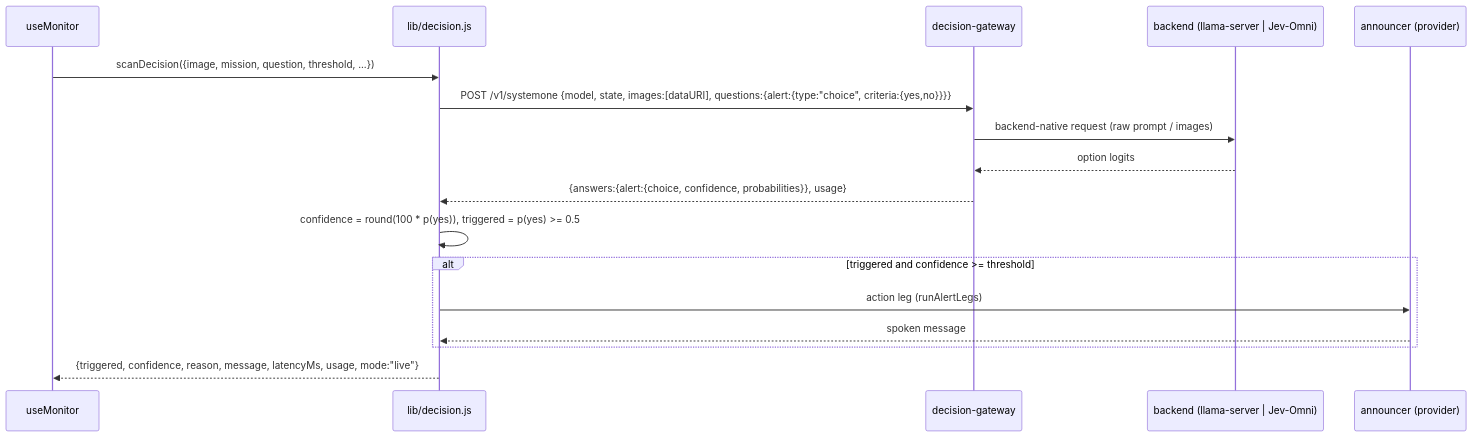
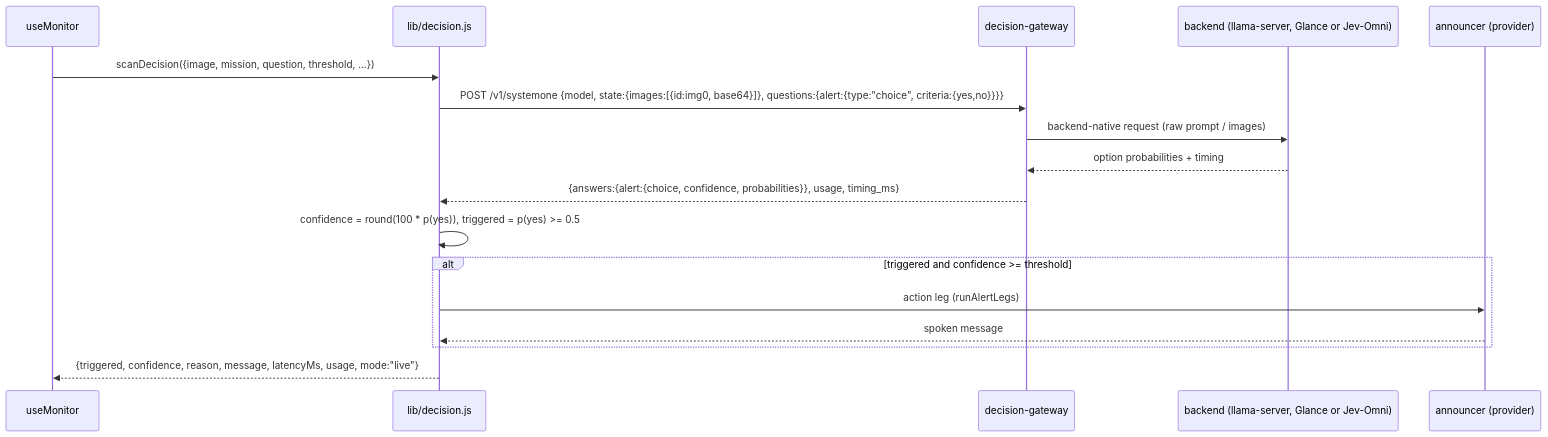
The second of 2 diagrams in docs/PRD-decision-engine.md (barakplasma/Aura), drawn with Mermaid before and after one commit. The commit also changed other lines of this file, not shown here.

First line of the commit message:
docs(prd): fold Glance and Glance Speedlab into the DECISION engine design

````diff
--- a/docs/PRD-decision-engine.md
+++ b/docs/PRD-decision-engine.md
@@ -127,20 +173,20 @@
 ```mermaid
 sequenceDiagram
   participant M as useMonitor
   participant D as lib/decision.js
   participant G as decision-gateway
-  participant B as backend (llama-server | Jev-Omni)
+  participant B as backend (llama-server, Glance or Jev-Omni)
   participant P as announcer (provider)
 
   M->>D: scanDecision({image, mission, question, threshold, ...})
-  D->>G: POST /v1/systemone {model, state, images:[dataURI], questions:{alert:{type:"choice", criteria:{yes,no}}}}
+  D->>G: POST /v1/systemone {model, state:{images:[{id:img0, base64}]}, questions:{alert:{type:"choice", criteria:{yes,no}}}}
   G->>B: backend-native request (raw prompt / images)
-  B-->>G: option logits
-  G-->>D: {answers:{alert:{choice, confidence, probabilities}}, usage}
+  B-->>G: option probabilities + timing
+  G-->>D: {answers:{alert:{choice, confidence, probabilities}}, usage, timing_ms}
   D->>D: confidence = round(100 * p(yes)), triggered = p(yes) >= 0.5
   alt triggered and confidence >= threshold
     D->>P: action leg (runAlertLegs)
     P-->>D: spoken message
   end
   D-->>M: {triggered, confidence, reason, message, latencyMs, usage, mode:"live"}
 ```
````
